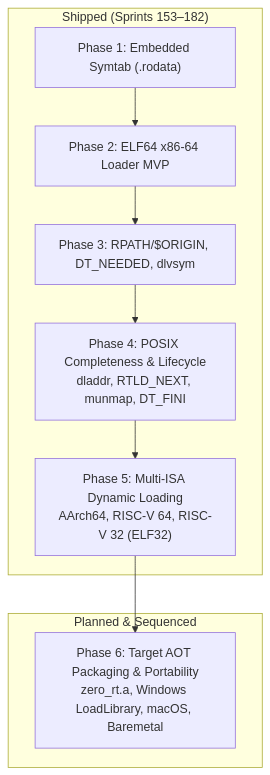
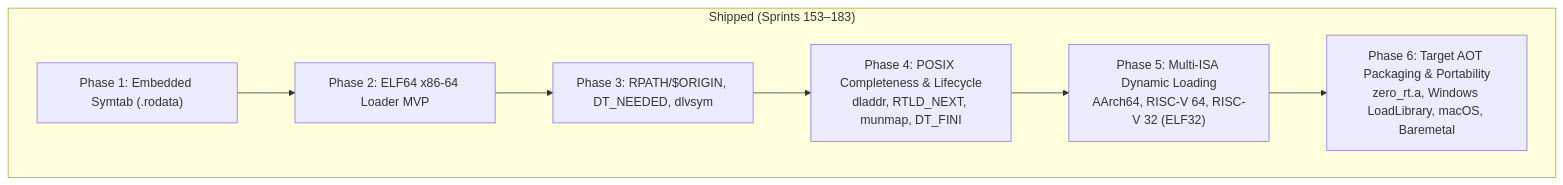
Before and after one commit to wxcdart/qnz_c_compiler: the second of 2 diagrams in docs/okf/host-runtime-and-portability.md, drawn with Mermaid. The commit also changed other lines of this file and 17 other files, not shown here.

````diff
--- a/docs/okf/host-runtime-and-portability.md
+++ b/docs/okf/host-runtime-and-portability.md
@@ -290,16 +290,13 @@
 ```mermaid
 flowchart TD
-    subgraph Shipped ["Shipped (Sprints 153–182)"]
+    subgraph Shipped ["Shipped (Sprints 153–183)"]
         P1["Phase 1: Embedded Symtab (.rodata)"]
         P2["Phase 2: ELF64 x86-64 Loader MVP"]
         P3["Phase 3: RPATH/$ORIGIN, DT_NEEDED, dlvsym"]
         P4["Phase 4: POSIX Completeness & Lifecycle<br/>dladdr, RTLD_NEXT, munmap, DT_FINI"]
         P5["Phase 5: Multi-ISA Dynamic Loading<br/>AArch64, RISC-V 64, RISC-V 32 (ELF32)"]
-    end
-
-    subgraph Planned ["Planned & Sequenced"]
         P6["Phase 6: Target AOT Packaging & Portability<br/>zero_rt.a, Windows LoadLibrary, macOS, Baremetal"]
     end
 
     P1 --> P2 --> P3 --> P4 --> P5 --> P6
 ```
````
